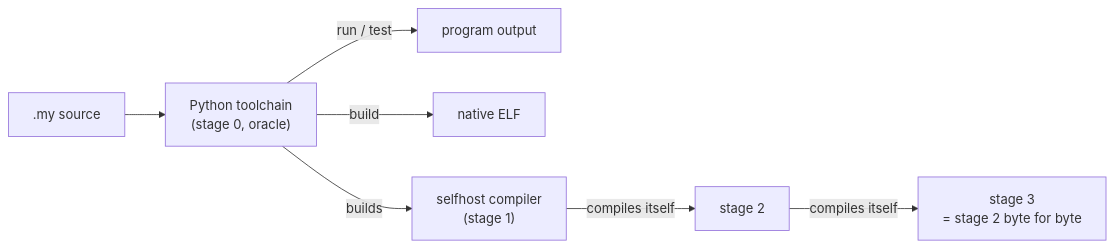
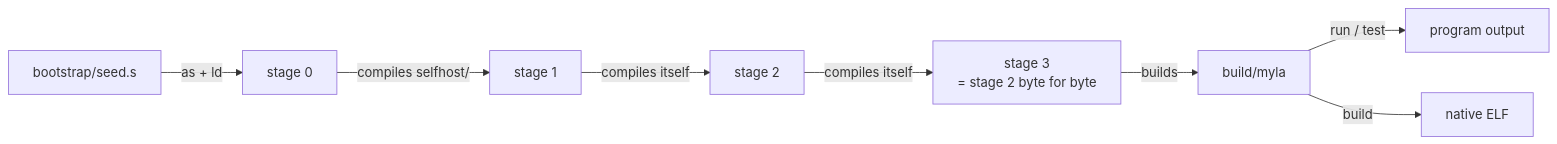
One commit to h3ll5ur7er/myla changed the diagram in docs/Home.md. Above: the diagram before and after it, drawn with Mermaid. The commit also changed other lines of this file and 40 other files, not shown here.

First line of the commit message:
Documentation for the self-hosted toolchain alone (MYLA-219)

````diff
--- a/docs/Home.md
+++ b/docs/Home.md
@@ -52,8 +51,9 @@
 ```mermaid
 flowchart LR
-    src[".my source"] --> py["Python toolchain<br/>(stage 0, oracle)"]
-    py -->|run / test| out1["program output"]
-    py -->|build| bin1["native ELF"]
-    py -->|builds| s1["selfhost compiler<br/>(stage 1)"]
+    seed["bootstrap/seed.s"] -->|"as + ld"| s0["stage 0"]
+    s0 -->|compiles selfhost/| s1["stage 1"]
     s1 -->|compiles itself| s2["stage 2"] -->|compiles itself| s3["stage 3<br/>= stage 2 byte for byte"]
+    s3 -->|builds| cli["build/myla"]
+    cli -->|run / test| out1["program output"]
+    cli -->|build| bin1["native ELF"]
 ```
````
